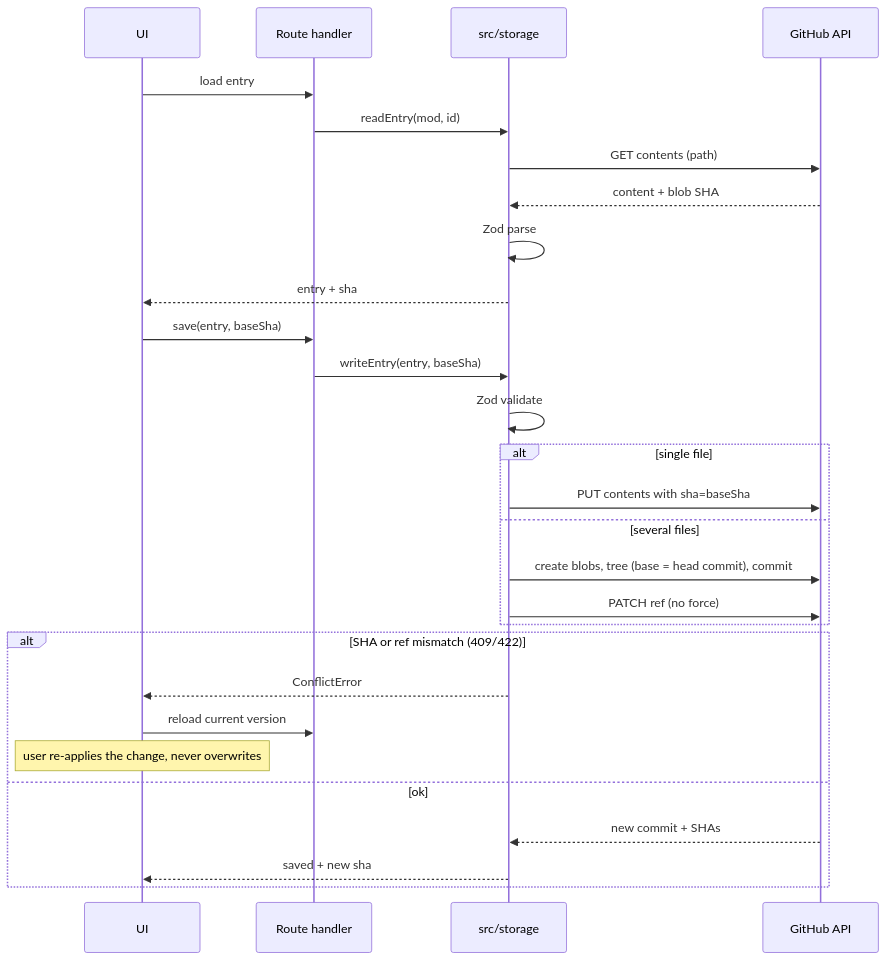
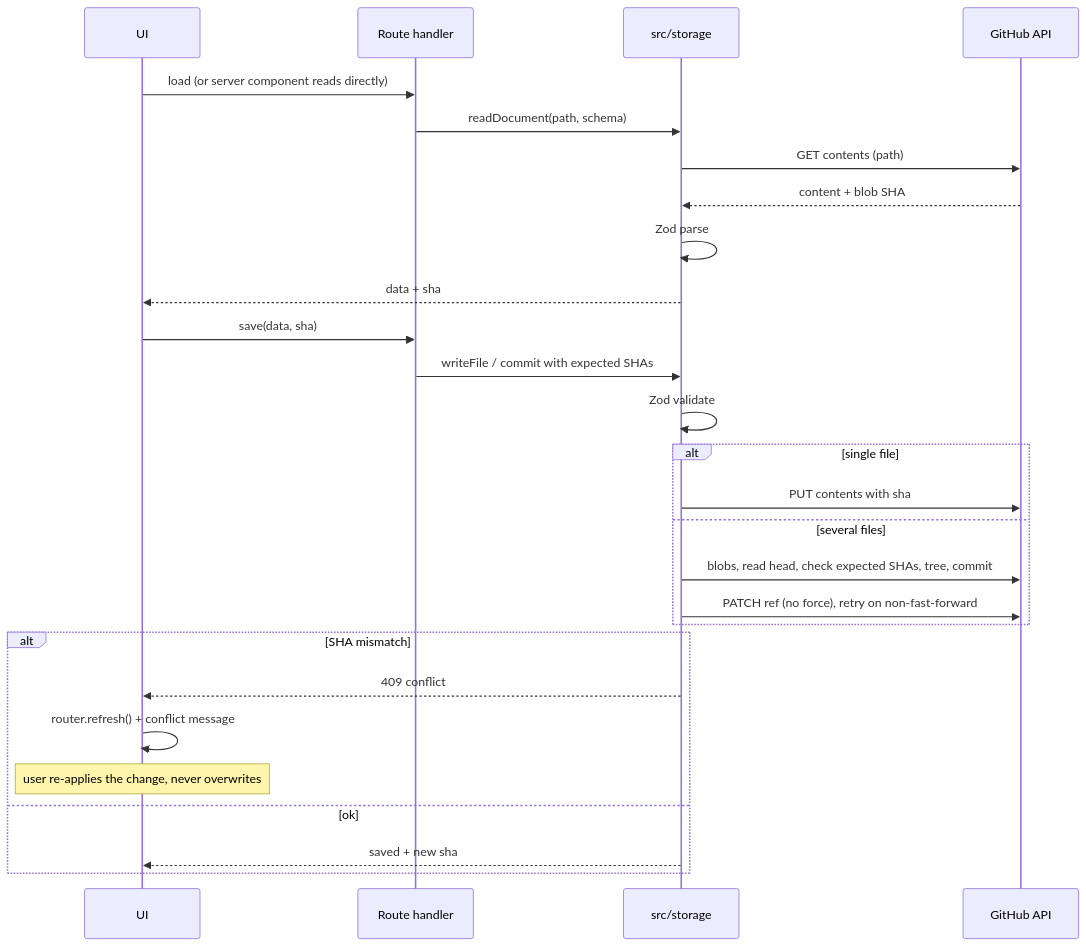
The third of 6 diagrams in docs/architecture.md (Jackson-Dataciders/Mineforge), drawn with Mermaid before and after one commit. The commit also changed other lines of this file and 90 other files, not shown here.

````diff
--- a/docs/architecture.md
+++ b/docs/architecture.md
@@ -139,30 +173,29 @@
 ```mermaid
 sequenceDiagram
   participant U as UI
   participant H as Route handler
   participant S as src/storage
   participant GH as GitHub API
-  U->>H: load entry
-  H->>S: readEntry(mod, id)
+  U->>H: load (or server component reads directly)
+  H->>S: readDocument(path, schema)
   S->>GH: GET contents (path)
   GH-->>S: content + blob SHA
   S->>S: Zod parse
-  S-->>U: entry + sha
-  U->>H: save(entry, baseSha)
-  H->>S: writeEntry(entry, baseSha)
+  S-->>U: data + sha
+  U->>H: save(data, sha)
+  H->>S: writeFile / commit with expected SHAs
   S->>S: Zod validate
   alt single file
-    S->>GH: PUT contents with sha=baseSha
+    S->>GH: PUT contents with sha
   else several files
-    S->>GH: create blobs, tree (base = head commit), commit
-    S->>GH: PATCH ref (no force)
+    S->>GH: blobs, read head, check expected SHAs, tree, commit
+    S->>GH: PATCH ref (no force), retry on non-fast-forward
   end
-  alt SHA or ref mismatch (409/422)
-    S-->>U: ConflictError
-    U->>H: reload current version
+  alt SHA mismatch
+    S-->>U: 409 conflict
+    U->>U: router.refresh() + conflict message
     Note over U: user re-applies the change, never overwrites
   else ok
-    GH-->>S: new commit + SHAs
     S-->>U: saved + new sha
   end
 ```
````
